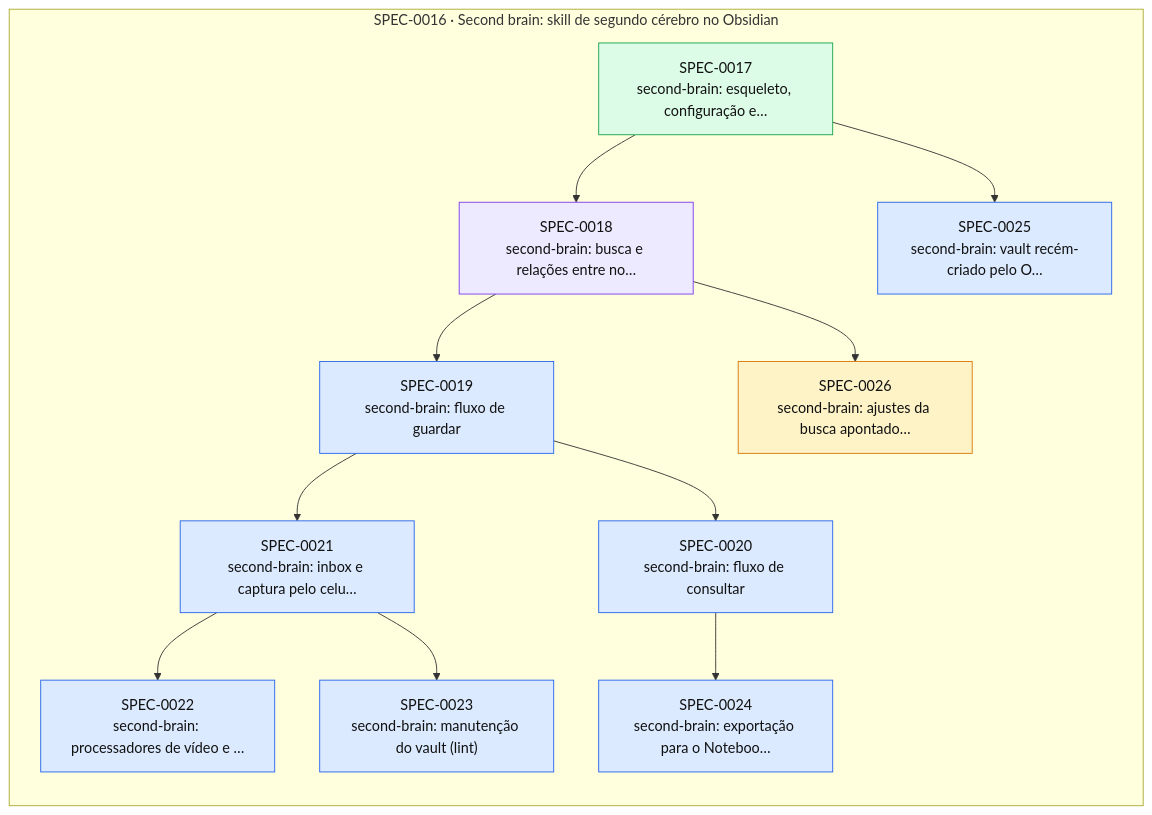
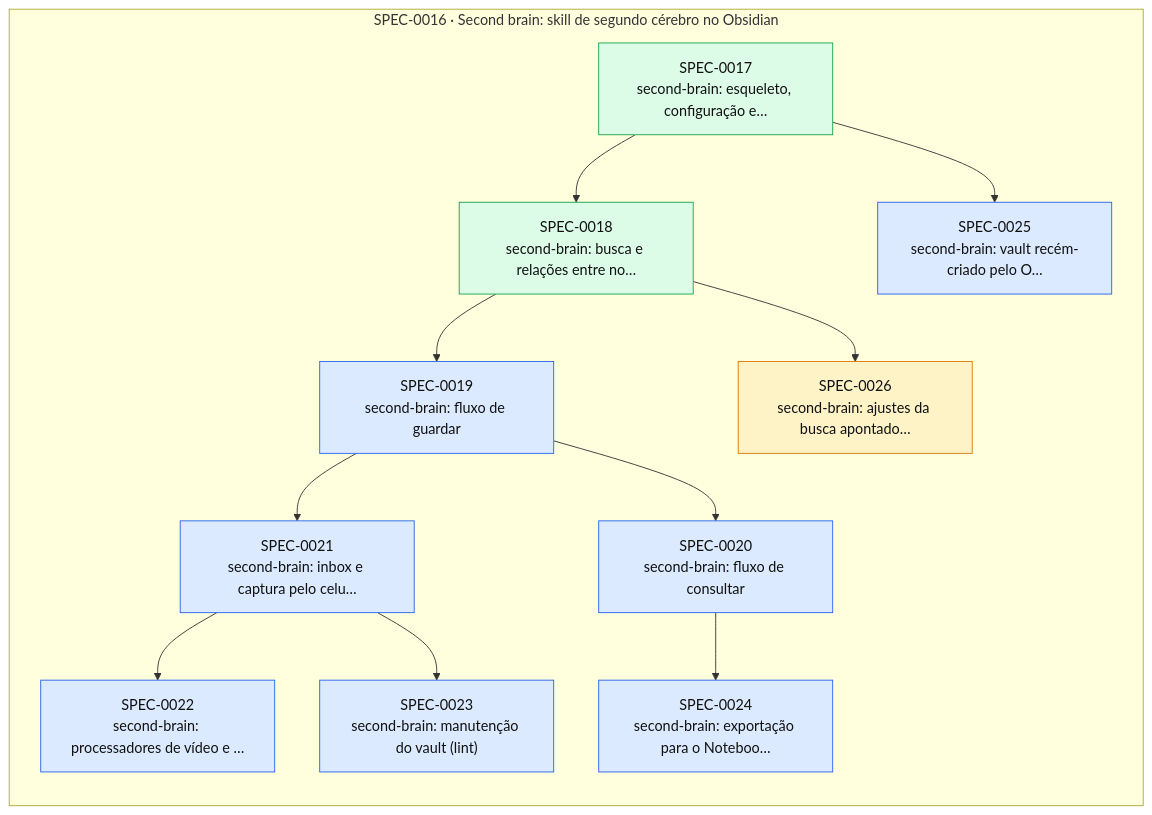
The diagram in docs/specs/INDEX.md (thomasravache/ai-dev-brain), drawn with Mermaid before and after one commit. The commit also changed other lines of this file and 1 other file, not shown here.

First line of the commit message:
docs(specs): G7 e fechamento da SPEC-0018

````diff
--- a/docs/specs/INDEX.md
+++ b/docs/specs/INDEX.md
@@ -53,29 +52,29 @@
 ```mermaid
 flowchart LR
   subgraph E0016["SPEC-0016 · Second brain: skill de segundo cérebro no Obsidian"]
     S0017["SPEC-0017<br/>second-brain: esqueleto, configuração e…"]:::implemented
-    S0018["SPEC-0018<br/>second-brain: busca e relações entre no…"]:::inprogress
+    S0018["SPEC-0018<br/>second-brain: busca e relações entre no…"]:::implemented
     S0019["SPEC-0019<br/>second-brain: fluxo de guardar"]:::approved
     S0020["SPEC-0020<br/>second-brain: fluxo de consultar"]:::approved
     S0021["SPEC-0021<br/>second-brain: inbox e captura pelo celu…"]:::approved
     S0022["SPEC-0022<br/>second-brain: processadores de vídeo e …"]:::approved
     S0023["SPEC-0023<br/>second-brain: manutenção do vault (lint)"]:::approved
     S0024["SPEC-0024<br/>second-brain: exportação para o Noteboo…"]:::approved
     S0025["SPEC-0025<br/>second-brain: vault recém-criado pelo O…"]:::approved
     S0026["SPEC-0026<br/>second-brain: ajustes da busca apontado…"]:::proposed
   end
   S0017 --> S0018
   S0018 --> S0019
   S0019 --> S0020
   S0019 --> S0021
   S0021 --> S0022
   S0021 --> S0023
   S0020 --> S0024
   S0017 --> S0025
   S0018 --> S0026
   classDef proposed fill:#fef3c7,stroke:#d97706,color:#111
   classDef approved fill:#dbeafe,stroke:#2563eb,color:#111
   classDef inprogress fill:#ede9fe,stroke:#7c3aed,color:#111
   classDef implemented fill:#dcfce7,stroke:#16a34a,color:#111
   classDef deprecated fill:#f3f4f6,stroke:#9ca3af,color:#6b7280
 ```
````
